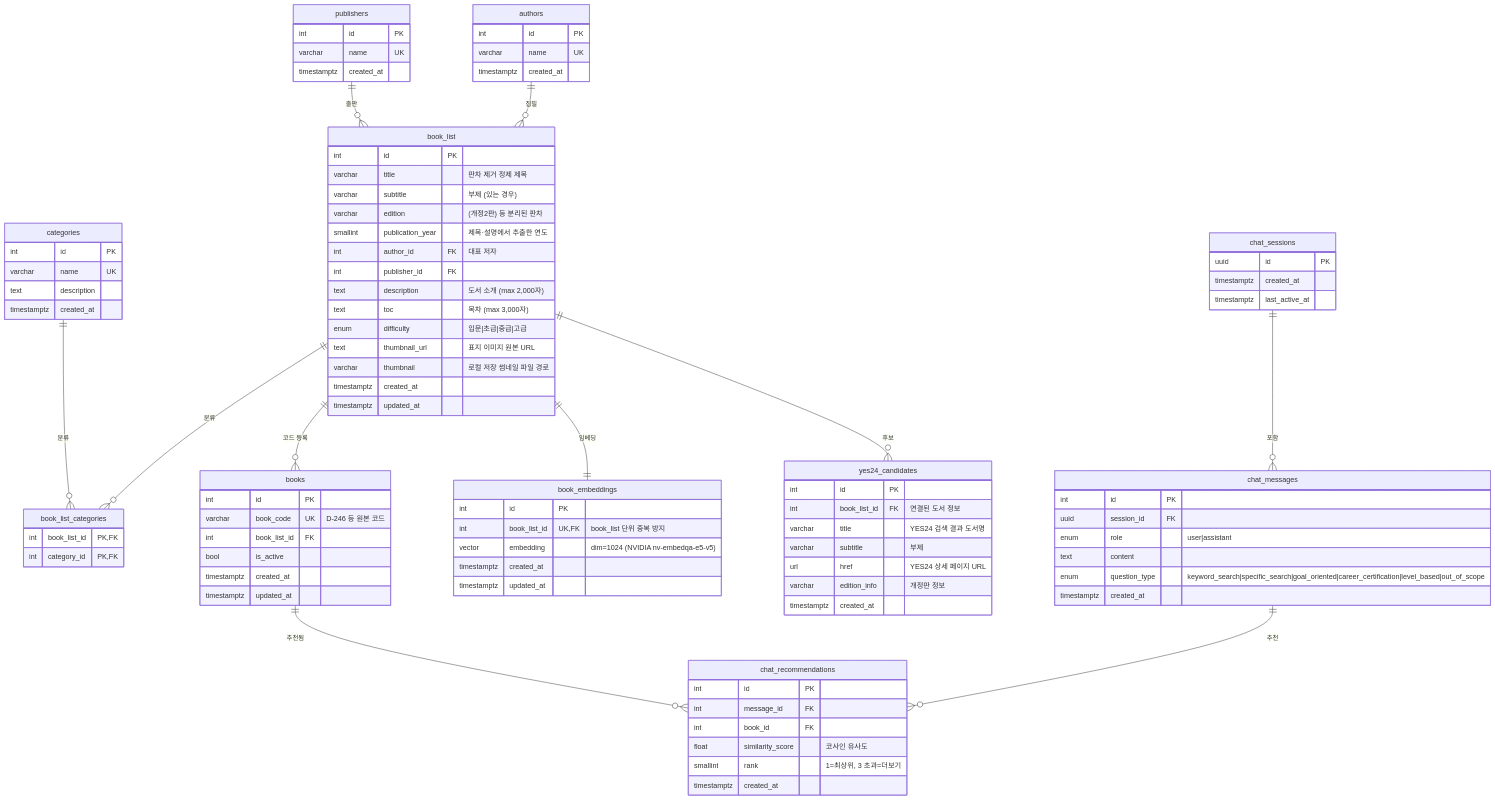
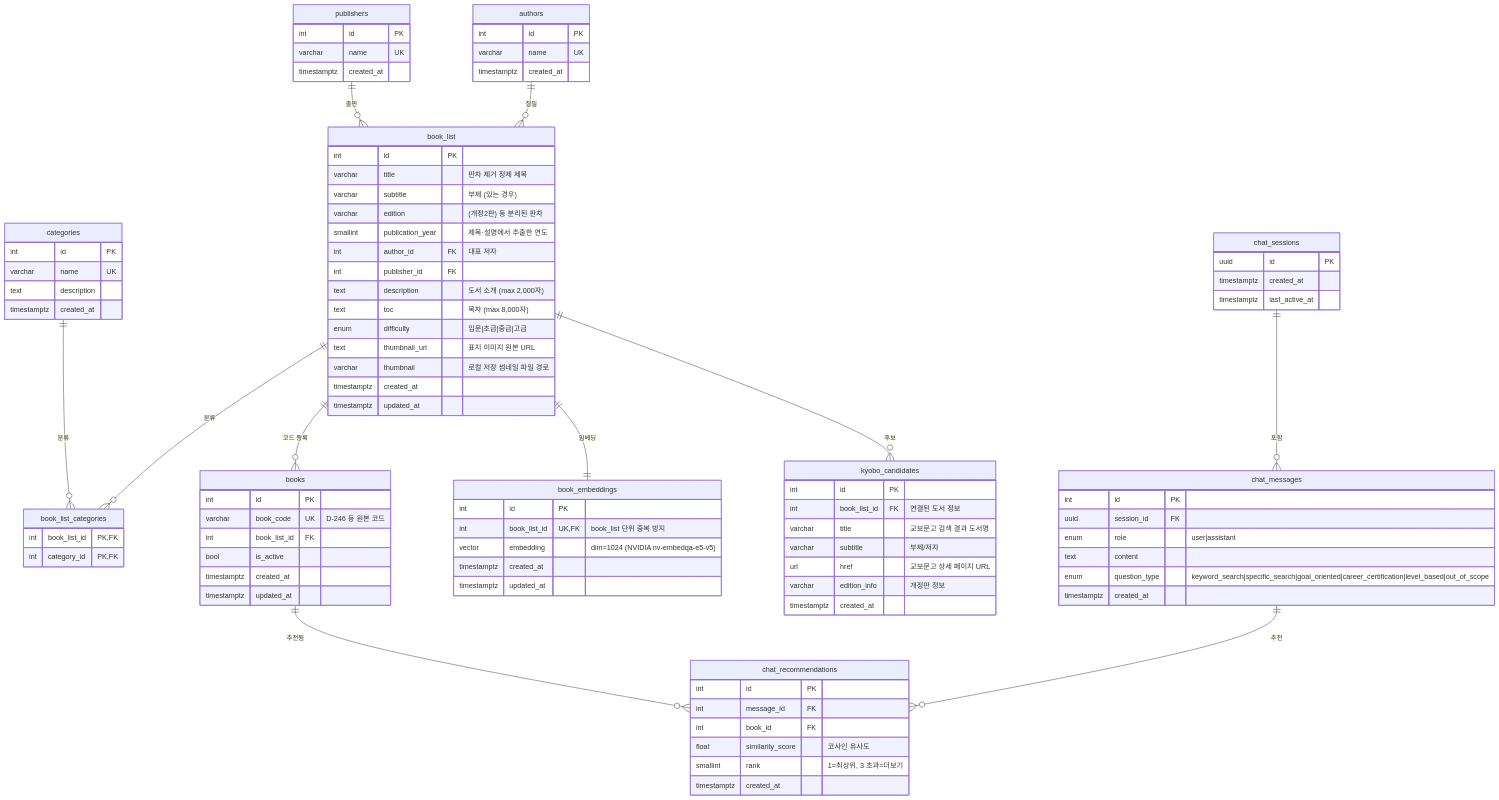
One commit to khs980714/READ-ME changed the diagram in docs/erd.md. Above: the diagram before and after it, drawn with Mermaid. The commit also changed other lines of this file and 18 other files, not shown here.

```diff
--- a/docs/erd.md
+++ b/docs/erd.md
@@ -36,7 +36,7 @@
         int      author_id          FK   "대표 저자"
         int      publisher_id       FK
         text     description             "도서 소개 (max 2,000자)"
-        text     toc                     "목차 (max 3,000자)"
+        text     toc                     "목차 (max 8,000자)"
         enum     difficulty              "입문|초급|중급|고급"
         text     thumbnail_url           "표지 이미지 원본 URL"
         varchar  thumbnail               "로컬 저장 썸네일 파일 경로"
@@ -66,12 +66,12 @@
         timestamptz updated_at
     }
 
-    yes24_candidates {
+    kyobo_candidates {
         int     id              PK
         int     book_list_id    FK     "연결된 도서 정보"
-        varchar title                  "YES24 검색 결과 도서명"
-        varchar subtitle               "부제"
-        url     href                   "YES24 상세 페이지 URL"
+        varchar title                  "교보문고 검색 결과 도서명"
+        varchar subtitle               "부제/저자"
+        url     href                   "교보문고 상세 페이지 URL"
         varchar edition_info           "개정판 정보"
         timestamptz created_at
     }
@@ -110,7 +110,7 @@
     categories      ||--o{ book_list_categories : "분류"
     book_list       ||--o{ books               : "코드 등록"
     book_list       ||--|| book_embeddings      : "임베딩"
-    book_list       ||--o{ yes24_candidates    : "후보"
+    book_list       ||--o{ kyobo_candidates    : "후보"
     chat_sessions   ||--o{ chat_messages        : "포함"
     chat_messages   ||--o{ chat_recommendations : "추천"
     books           ||--o{ chat_recommendations : "추천됨"
```
